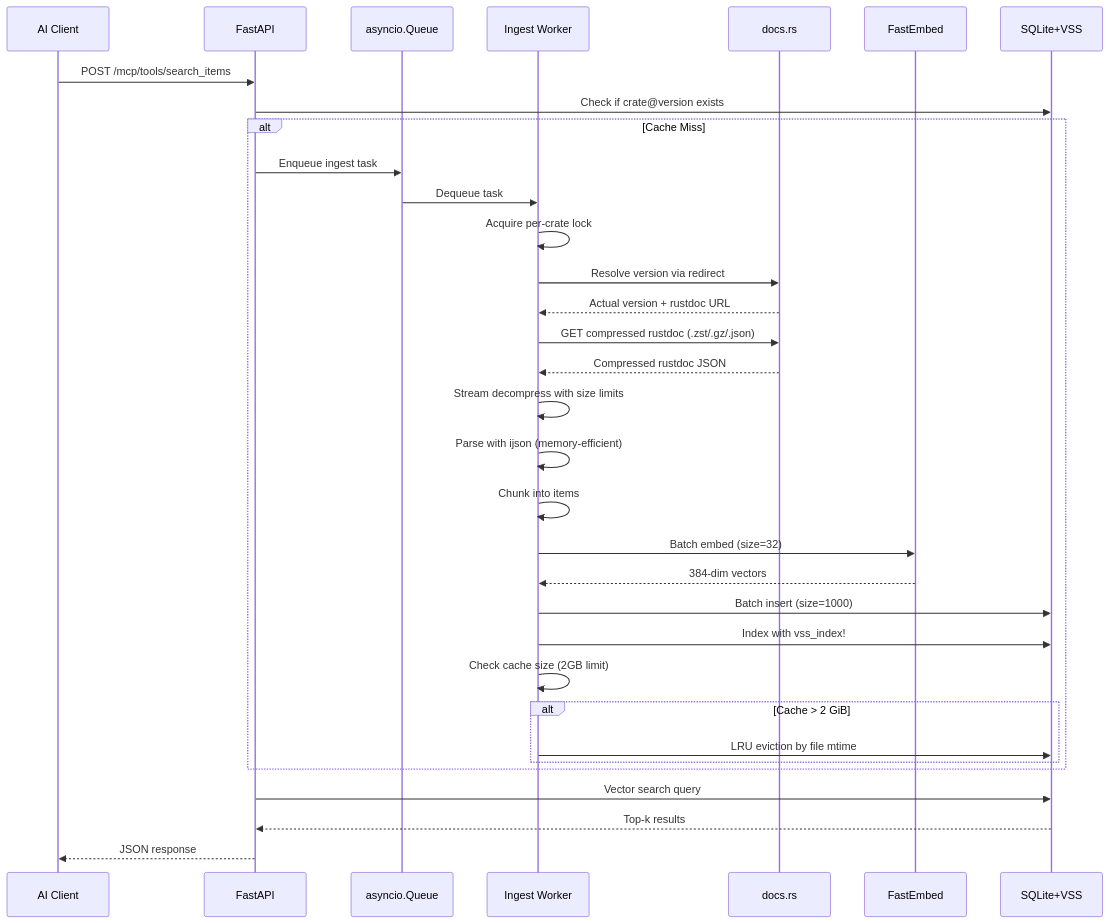
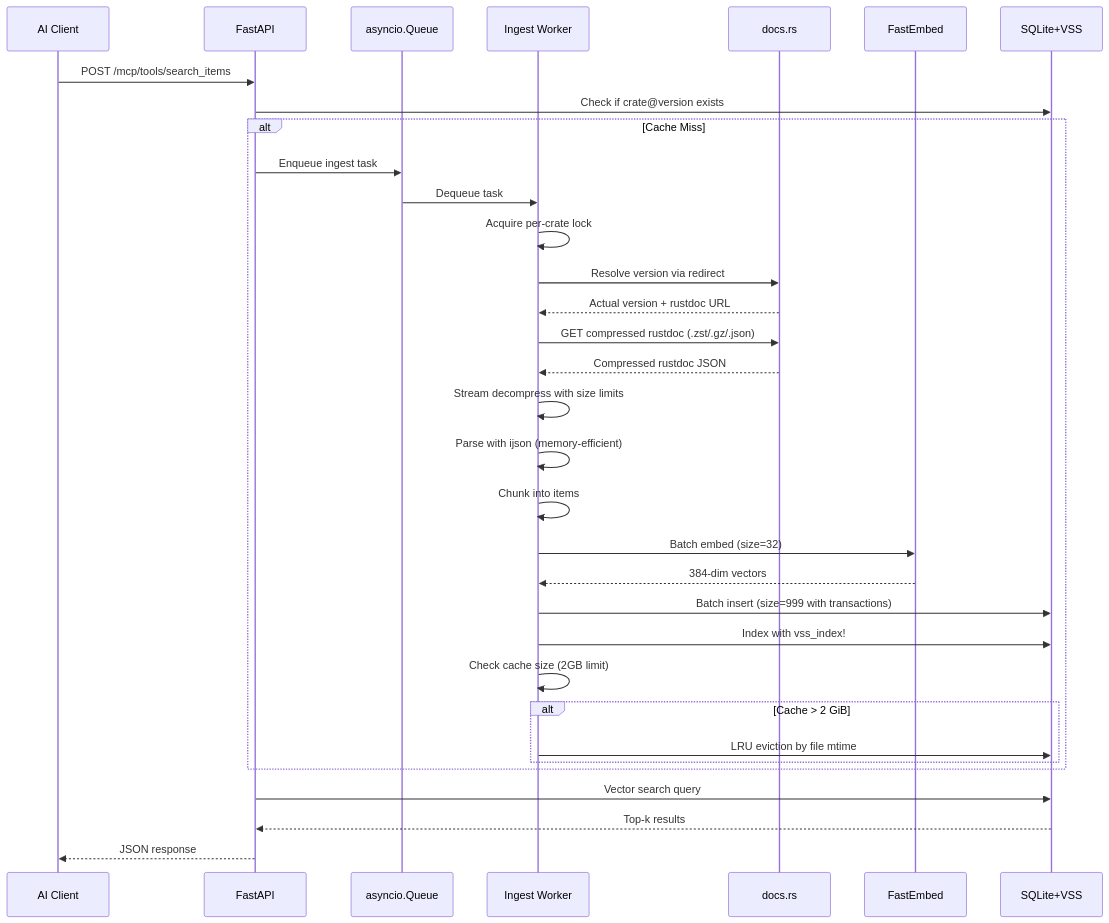
The third of 11 diagrams in Architecture.md (RimoVR/docsrs-mcp), drawn with Mermaid before and after one commit. The commit also changed other lines of this file and 7 other files, not shown here.

````diff
--- a/Architecture.md
+++ b/Architecture.md
@@ -94,38 +94,38 @@
 ```mermaid
 sequenceDiagram
     participant Client as AI Client
     participant API as FastAPI
     participant Queue as asyncio.Queue
     participant Worker as Ingest Worker
     participant DocsRS as docs.rs
     participant Embed as FastEmbed
     participant DB as SQLite+VSS
     
     Client->>API: POST /mcp/tools/search_items
     API->>DB: Check if crate@version exists
     
     alt Cache Miss
         API->>Queue: Enqueue ingest task
         Queue->>Worker: Dequeue task
         Worker->>Worker: Acquire per-crate lock
         Worker->>DocsRS: Resolve version via redirect
         DocsRS-->>Worker: Actual version + rustdoc URL
         Worker->>DocsRS: GET compressed rustdoc (.zst/.gz/.json)
         DocsRS-->>Worker: Compressed rustdoc JSON
         Worker->>Worker: Stream decompress with size limits
         Worker->>Worker: Parse with ijson (memory-efficient)
         Worker->>Worker: Chunk into items
         Worker->>Embed: Batch embed (size=32)
         Embed-->>Worker: 384-dim vectors
-        Worker->>DB: Batch insert (size=1000)
+        Worker->>DB: Batch insert (size=999 with transactions)
         Worker->>DB: Index with vss_index!
         Worker->>Worker: Check cache size (2GB limit)
         alt Cache > 2 GiB
             Worker->>DB: LRU eviction by file mtime
         end
     end
     
     API->>DB: Vector search query
     DB-->>API: Top-k results
     API-->>Client: JSON response
 ```
````
